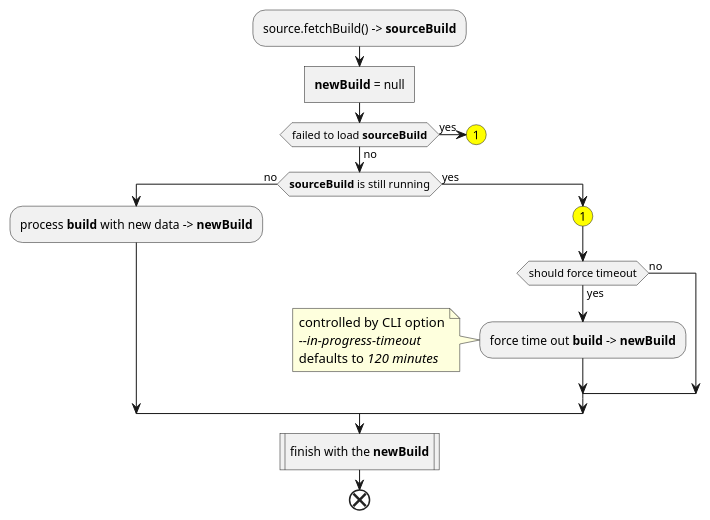
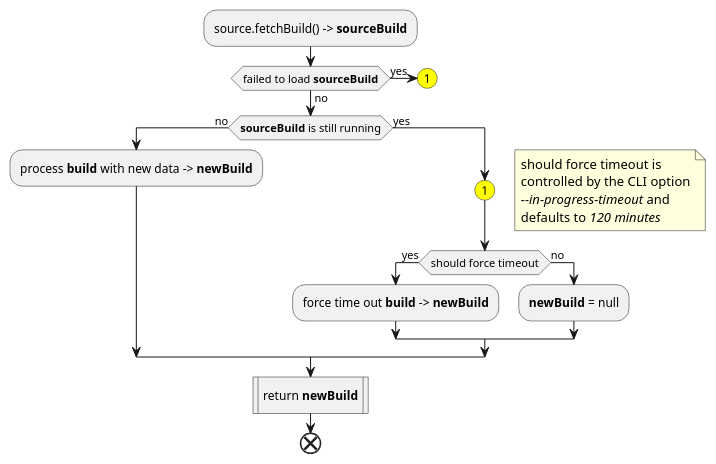
The diagram in metrics/ci_integrations/docs/diagrams/resync_single_build_activity_diagram.puml (Flank/flank-dashboard), drawn with PlantUML before and after one commit.

Commit message:
fix resync single build activity diagram

```diff
--- a/metrics/ci_integrations/docs/diagrams/resync_single_build_activity_diagram.puml
+++ b/metrics/ci_integrations/docs/diagrams/resync_single_build_activity_diagram.puml
@@ -1,32 +1,33 @@
 @startuml resync_single_build_activity_diagram
 'https://plantuml.com/activity-diagram-beta
 
 skinparam ConditionEndStyle hline
 
 :source.fetchBuild() -> **sourceBuild**;
-:**newBuild** = null]
 
 if (failed to load **sourceBuild**) then (yes)
     #yellow:(1)
 else (no)
     if (**sourceBuild** is still running) then (no)
         :process **build** with new data -> **newBuild**;
     else (yes)
         #yellow:(1)
+        floating note right
+            should force timeout is
+            controlled by the CLI option
+            //--in-progress-timeout// and
+            defaults to //120 minutes//
+        end note
         if (should force timeout) then (yes)
             :force time out **build** -> **newBuild**;
-            note left
-                controlled by CLI option
-                //--in-progress-timeout//
-                defaults to //120 minutes//
-            end note
         else (no)
+            :**newBuild** = null;
         endif
     endif
 endif
 
-:finish with the **newBuild**|
+:return **newBuild**|
 
 end
 
 @enduml
```
